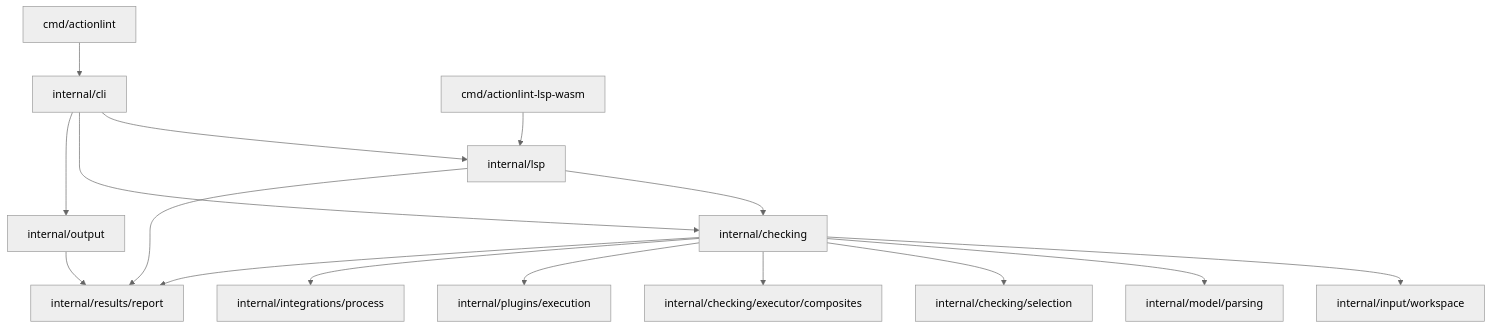
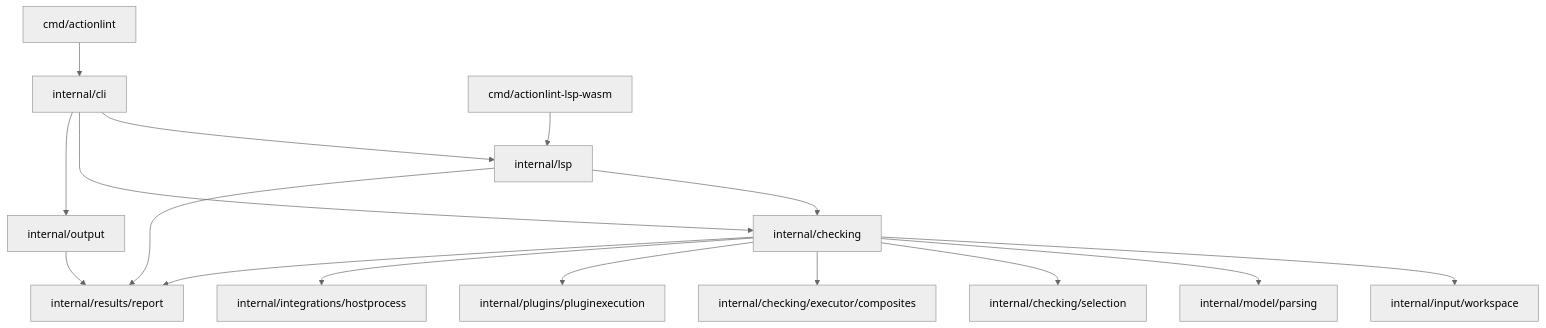
Before and after one commit to kjanat/actionlint: the diagram in docs/design/application-boundary.md, drawn with Mermaid (neutral theme). The commit also changed 2363 other files, not shown here.

````diff
--- a/docs/design/application-boundary.md
+++ b/docs/design/application-boundary.md
@@ -7,18 +7,18 @@
 ```mermaid
 flowchart TD
     Native[cmd/actionlint] --> CLI[internal/cli]
     Browser[cmd/actionlint-lsp-wasm] --> LSP[internal/lsp]
     CLI --> LSP
     CLI --> Checking[internal/checking]
     LSP --> Checking
     Checking --> Workspace[internal/input/workspace]
     Checking --> Decode[internal/model/parsing]
     Checking --> Rules[internal/checking/selection]
     Checking --> Calls[internal/checking/executor/composites]
-    Checking --> Plugins[internal/plugins/execution]
-    Checking --> Processes[internal/integrations/process]
+    Checking --> Plugins[internal/plugins/pluginexecution]
+    Checking --> Processes[internal/integrations/hostprocess]
     Checking --> Results[internal/results/report]
     CLI --> Output[internal/output]
     Output --> Results
     LSP --> Results
 ```
````
